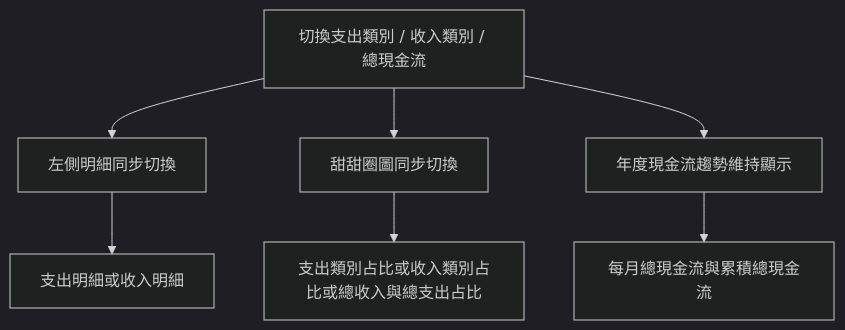
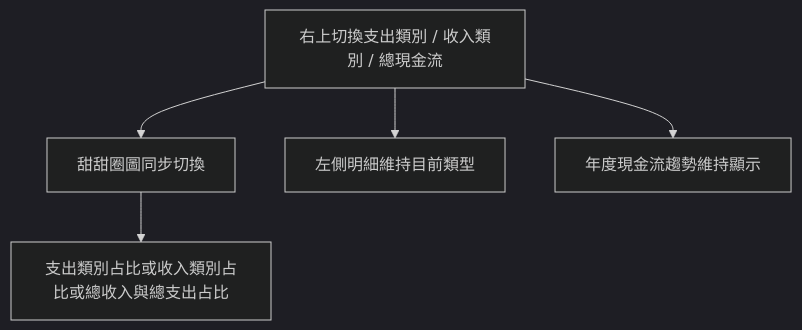
Before and after one commit to ivyliu1201/personal-accounting-app: the seventh of 12 diagrams in FLOW.md, drawn with Mermaid (dark theme). The commit also changed other lines of this file and 2 other files, not shown here.

````diff
--- a/FLOW.md
+++ b/FLOW.md
@@ -92,9 +89,7 @@
 ```mermaid
 flowchart TD
-A[切換支出類別 / 收入類別 / 總現金流] --> B[左側明細同步切換]
-A --> C[甜甜圈圖同步切換]
-A --> D[年度現金流趨勢維持顯示]
-B --> E[支出明細或收入明細]
-C --> F[支出類別占比或收入類別占比或總收入與總支出占比]
-D --> G[每月總現金流與累積總現金流]
+A[右上切換支出類別 / 收入類別 / 總現金流] --> B[甜甜圈圖同步切換]
+B --> C[支出類別占比或收入類別占比或總收入與總支出占比]
+A --> D[左側明細維持目前類型]
+A --> E[年度現金流趨勢維持顯示]
 ```
````
